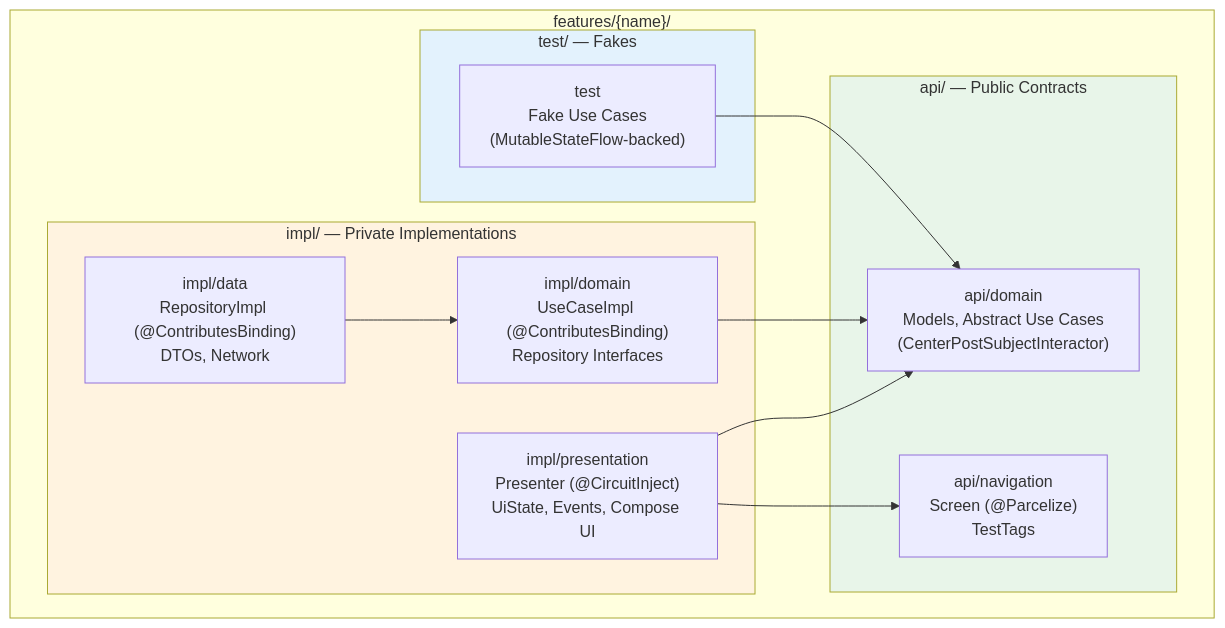
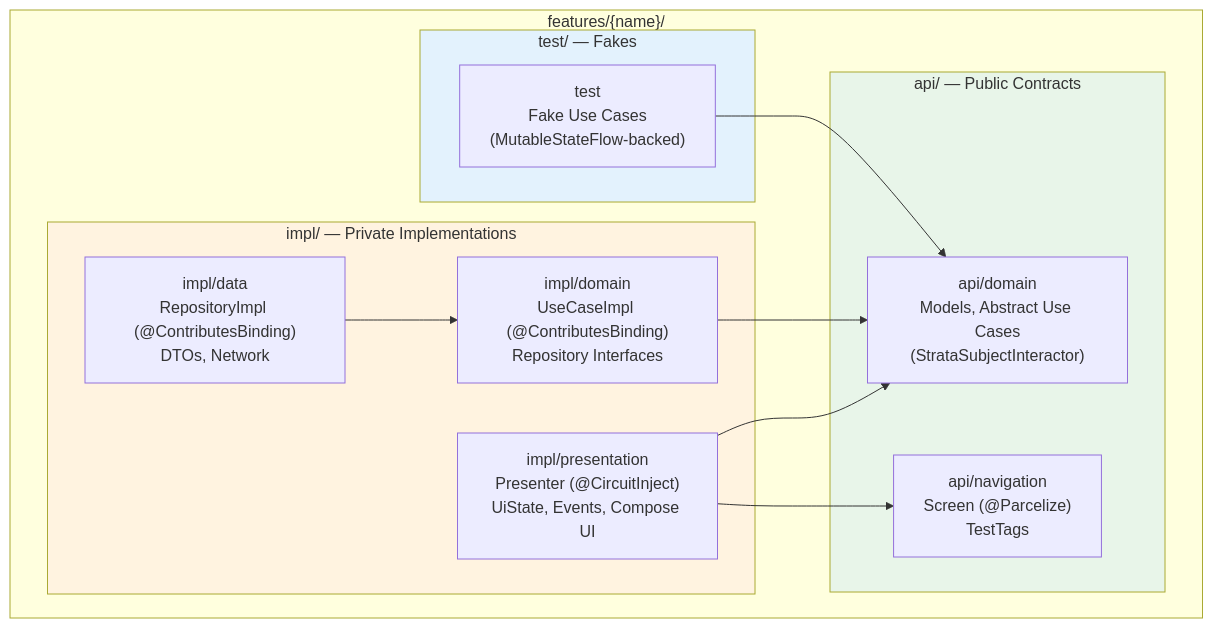
One commit to jkjamies/MockDonalds changed the second of 3 diagrams in .agents/standards/architecture.md. Above: the diagram before and after it, drawn with Mermaid. The commit also changed other lines of this file and 162 other files, not shown here.

````diff
--- a/.agents/standards/architecture.md
+++ b/.agents/standards/architecture.md
@@ -166,29 +166,29 @@
 ```mermaid
 graph TB
     subgraph feature["features/{name}/"]
         subgraph api["api/ — Public Contracts"]
-            ApiDomain["api/domain<br/>Models, Abstract Use Cases<br/>(CenterPostSubjectInteractor)"]
+            ApiDomain["api/domain<br/>Models, Abstract Use Cases<br/>(StrataSubjectInteractor)"]
             ApiNav["api/navigation<br/>Screen (@Parcelize)<br/>TestTags"]
         end
 
         subgraph impl["impl/ — Private Implementations"]
             ImplDomain["impl/domain<br/>UseCaseImpl (@ContributesBinding)<br/>Repository Interfaces"]
             ImplData["impl/data<br/>RepositoryImpl (@ContributesBinding)<br/>DTOs, Network"]
             ImplPres["impl/presentation<br/>Presenter (@CircuitInject)<br/>UiState, Events, Compose UI"]
         end
 
         subgraph test["test/ — Fakes"]
             TestMod["test<br/>Fake Use Cases<br/>(MutableStateFlow-backed)"]
         end
     end
 
     ImplDomain --> ApiDomain
     ImplData --> ImplDomain
     ImplPres --> ApiDomain
     ImplPres --> ApiNav
     TestMod --> ApiDomain
 
     style api fill:#e8f5e9
     style impl fill:#fff3e0
     style test fill:#e3f2fd
 ```
````
